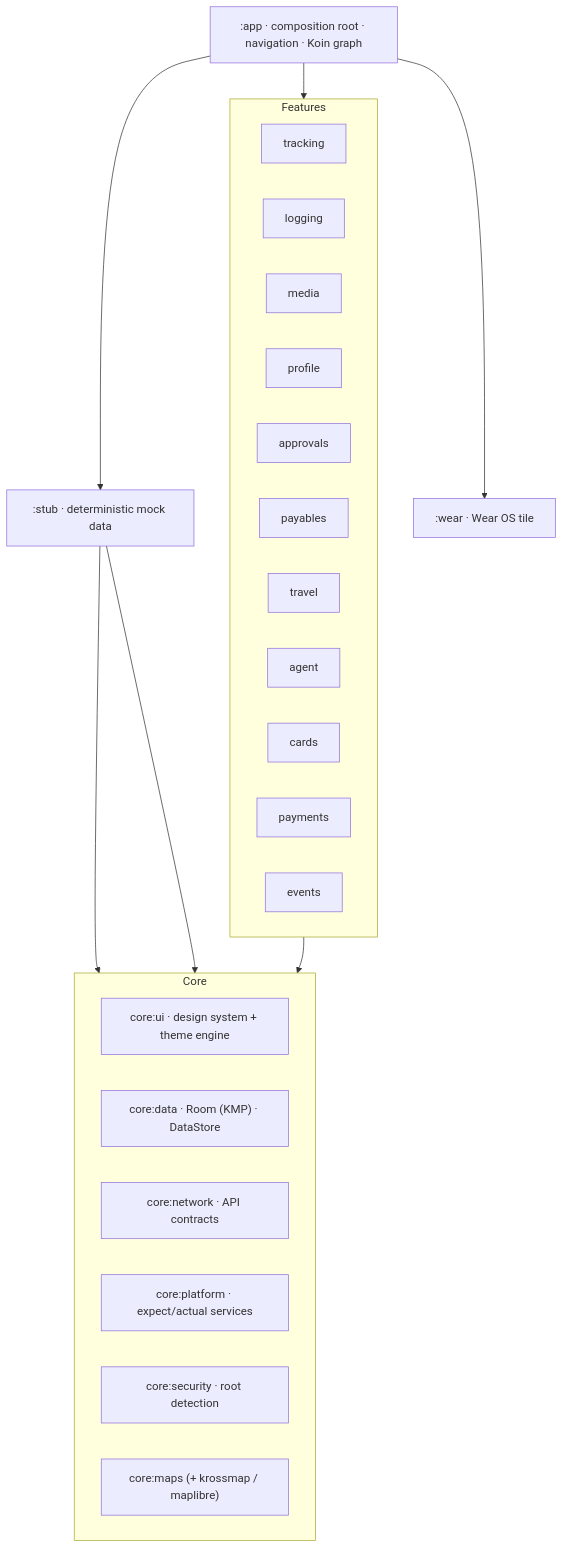
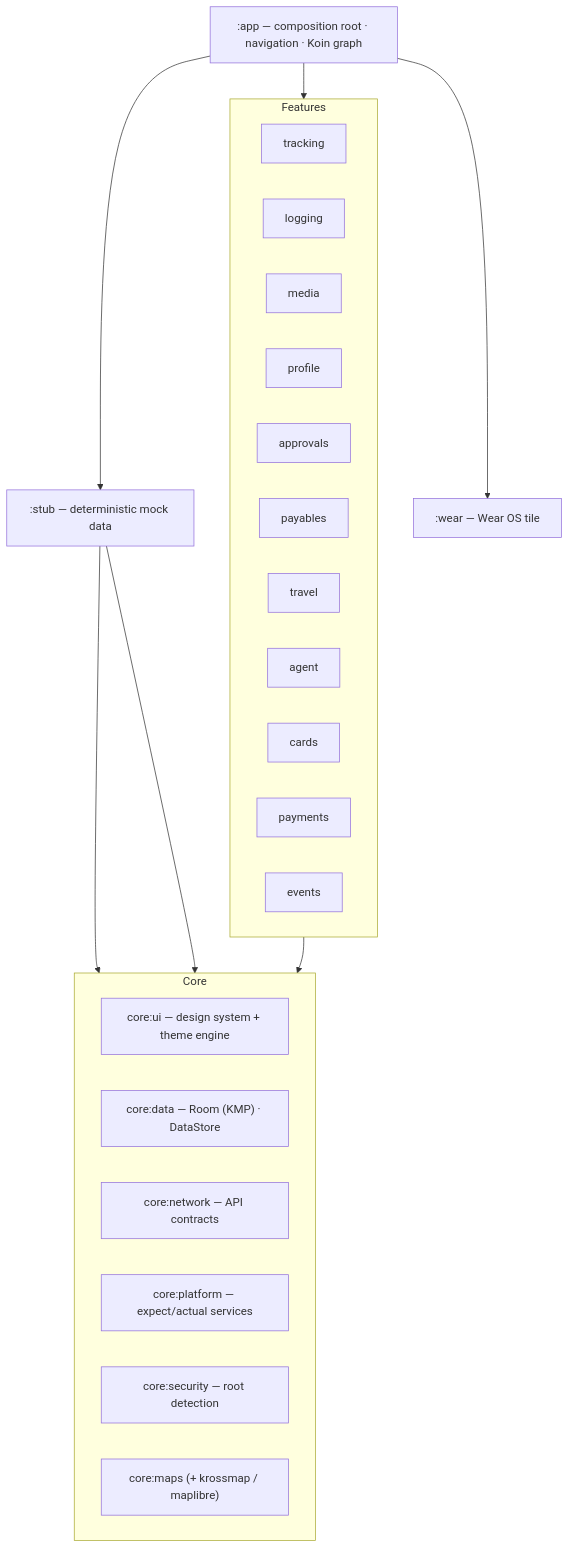
Before and after one commit to darkpandawarrior/Mileway: the diagram in README.md, drawn with Mermaid. The commit also changed other lines of this file and 449 other files, not shown here.

First line of the commit message:
feat(ui): Design Language v2 theme system, 4-theme picker foundation, flow-bug fixes

````diff
--- a/README.md
+++ b/README.md
@@ -245,31 +141,31 @@
 ```mermaid
 graph TD
-    APP[":app · composition root · navigation · Koin graph"]
+    APP[":app — composition root · navigation · Koin graph"]
 
     subgraph Features
       direction LR
       FT["tracking"]; FL["logging"]; FM["media"]; FP["profile"]
       FA["approvals"]; FPA["payables"]; FTR["travel"]; FAG["agent"]
       FC["cards"]; FPM["payments"]; FE["events"]
     end
 
     subgraph Core
       direction LR
-      UI["core:ui · design system + theme engine"]
-      DATA["core:data · Room (KMP) · DataStore"]
-      NET["core:network · API contracts"]
-      PLAT["core:platform · expect/actual services"]
-      SEC["core:security · root detection"]
+      UI["core:ui — design system + theme engine"]
+      DATA["core:data — Room (KMP) · DataStore"]
+      NET["core:network — API contracts"]
+      PLAT["core:platform — expect/actual services"]
+      SEC["core:security — root detection"]
       MAPS["core:maps (+ krossmap / maplibre)"]
     end
 
-    STUB[":stub · deterministic mock data"]
-    WEAR[":wear · Wear OS tile"]
+    STUB[":stub — deterministic mock data"]
+    WEAR[":wear — Wear OS tile"]
 
     APP --> Features
     APP --> STUB
     APP --> WEAR
     Features --> Core
     STUB --> DATA
     STUB --> NET
 ```
````
